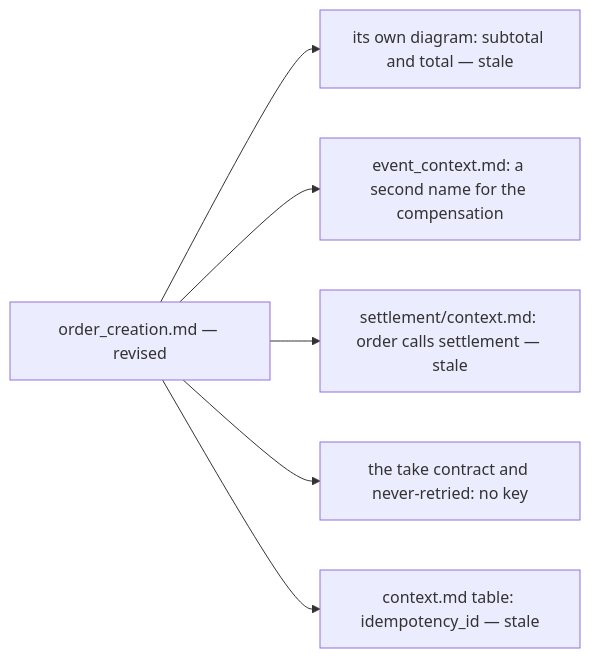
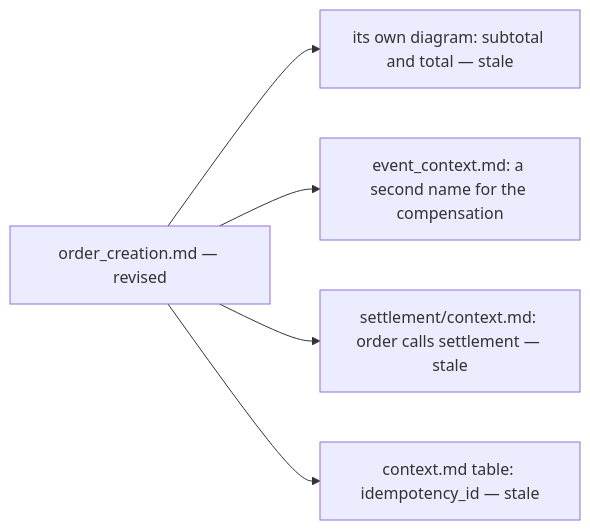
Before and after one commit to pdcgo/warehouse_revamp: the third of 3 diagrams in docs/business/order/order_creation_clarify.md, drawn with Mermaid. The commit also changed other lines of this file and 7 other files, not shown here.

````diff
--- a/docs/business/order/order_creation_clarify.md
+++ b/docs/business/order/order_creation_clarify.md
@@ -168,8 +160,7 @@
 ```mermaid
 flowchart LR
   D["order_creation.md — revised"] --> A["its own diagram: subtotal and total — stale"]
   D --> B["event_context.md: a second name for the compensation"]
   D --> C["settlement/context.md: order calls settlement — stale"]
-  D --> E["the take contract and never-retried: no key"]
   D --> F["context.md table: idempotency_id — stale"]
 ```
````
